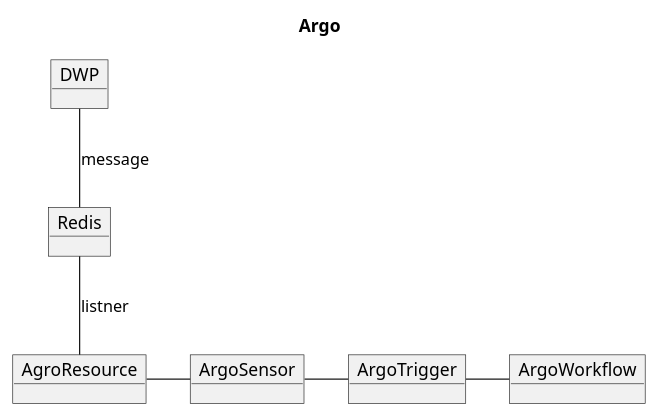
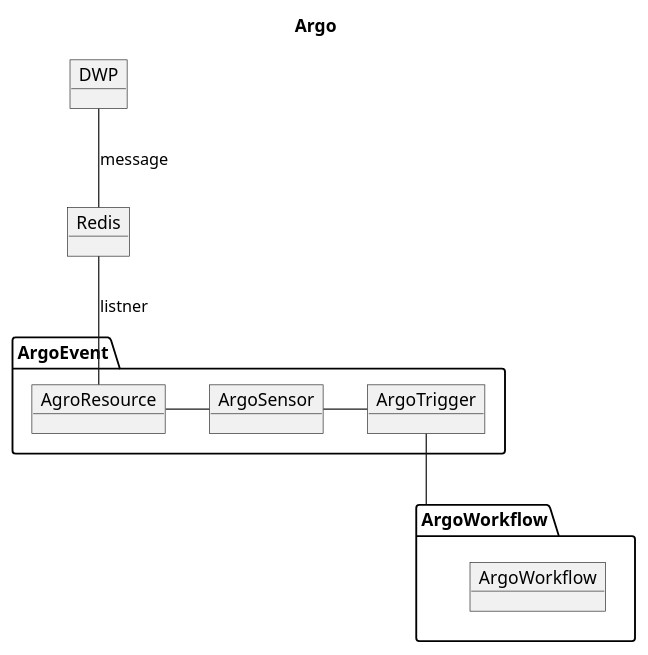
Before and after one commit to kloudbank/htdp1.github.io: the tenth of 11 diagrams in docs/src/multi-cloud/diagram.md, drawn with PlantUML. The commit also changed other lines of this file, not shown here.

Commit message:
modify diagram

```diff
--- a/docs/src/multi-cloud/diagram.md
+++ b/docs/src/multi-cloud/diagram.md
@@ -414,21 +432,25 @@
 @startuml
 
 scale 1
 skinparam ParticipantPadding 5
 skinparam BoxPadding 5
 title "Argo"
 
 object DWP
 object Redis
-object AgroResource
-object ArgoSensor
-object ArgoTrigger
-object ArgoWorkflow
+package ArgoEvent {
+    object AgroResource
+    object ArgoSensor
+    object ArgoTrigger
+}
+package ArgoWorkflow {
+    object ArgoWorkflow
+}
 
 DWP -d- Redis : message
 Redis -d- AgroResource : listner
 AgroResource -r- ArgoSensor
 ArgoSensor -r- ArgoTrigger
-ArgoTrigger -r- ArgoWorkflow
+ArgoTrigger -d- ArgoWorkflow
 
 @enduml
```
